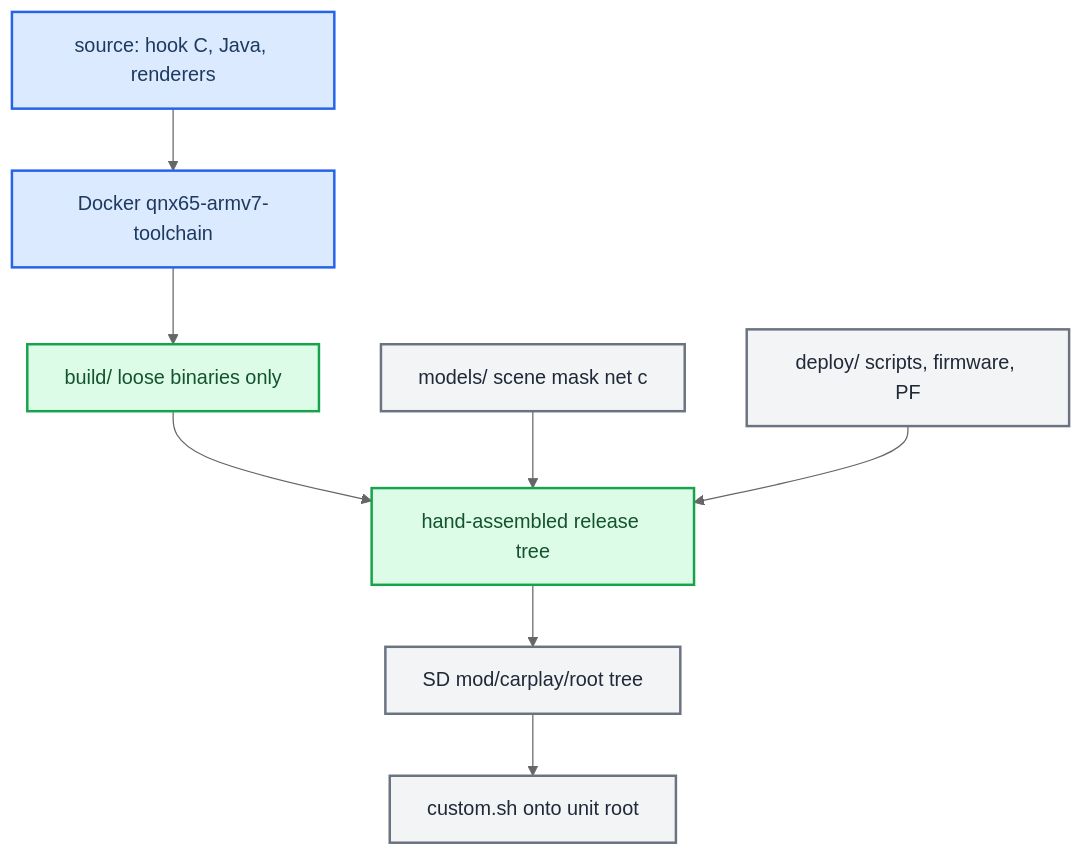
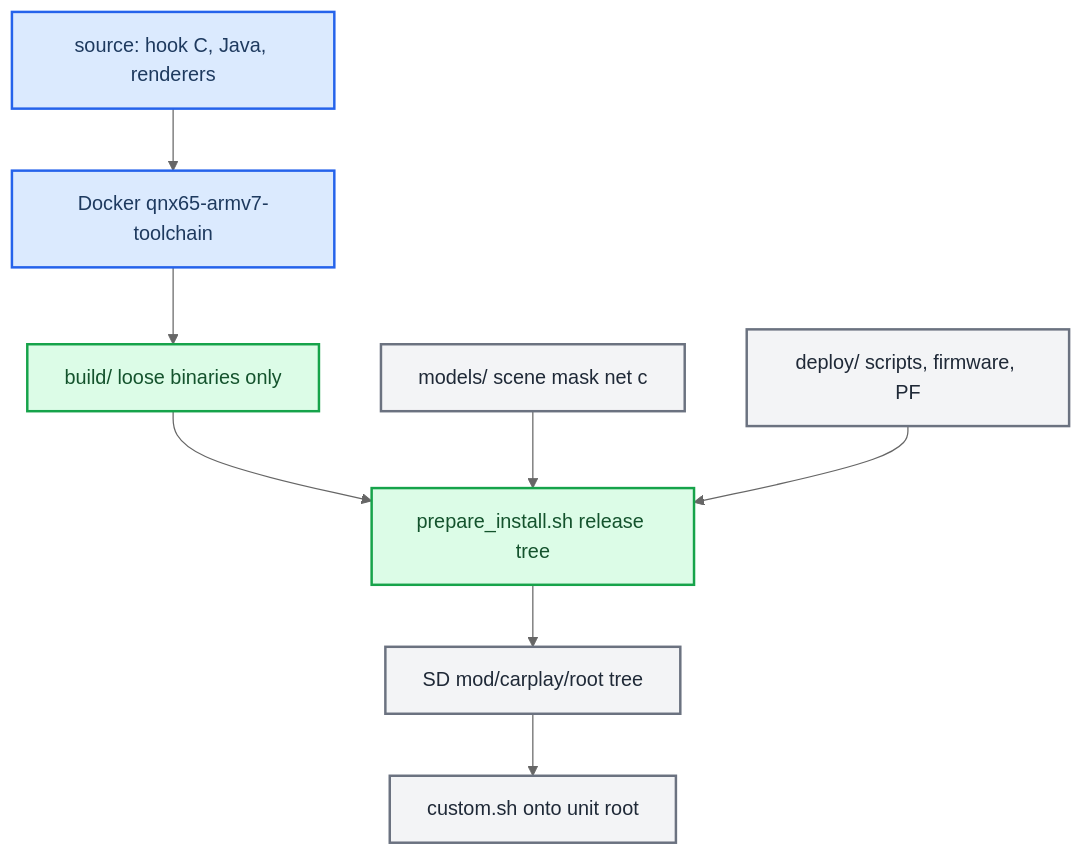
Before and after one commit to luka-dev/mib2q-carplay-rgi: the diagram in docs/build-and-deploy/README.md, drawn with Mermaid (neutral theme). The commit also changed other lines of this file and 820 other files, not shown here.

````diff
--- a/docs/build-and-deploy/README.md
+++ b/docs/build-and-deploy/README.md
@@ -17,24 +17,24 @@
 ```mermaid
 flowchart TB
   accTitle: Source through the toolchain to the head unit
-  accDescr: Source compiles in the Docker QNX toolchain into loose binaries in build, which are hand-assembled with models and deploy into mod/carplay/root on an M.I.B. card, and custom.sh installs it on the unit.
+  accDescr: Source compiles in the Docker QNX toolchain into loose binaries in build, which prepare_install.sh assembles with models and deploy into mod/carplay/root on an M.I.B. card, and custom.sh installs it on the unit.
   src["source: hook C, Java, renderers"]
   docker["Docker qnx65-armv7-toolchain"]
   build["build/ loose binaries only"]
   models["models/ scene mask net c"]
   deploy["deploy/ scripts, firmware, PF"]
-  assemble["hand-assembled release tree"]
+  assemble["prepare_install.sh release tree"]
   card["SD mod/carplay/root tree"]
   unit["custom.sh onto unit root"]
   src --> docker --> build
   build --> assemble
   models --> assemble
   deploy --> assemble
   assemble --> card --> unit
   class src,docker primary
   class build,assemble success
   class card,unit,models,deploy neutral
   classDef primary fill:#dbeafe,stroke:#2563eb,stroke-width:2px,color:#1e3a5f
   classDef success fill:#dcfce7,stroke:#16a34a,stroke-width:2px,color:#14532d
   classDef neutral fill:#f3f4f6,stroke:#6b7280,stroke-width:2px,color:#1f2937
 ```
````
